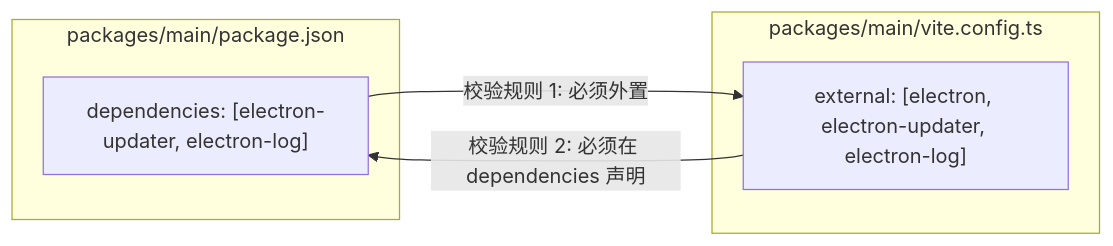
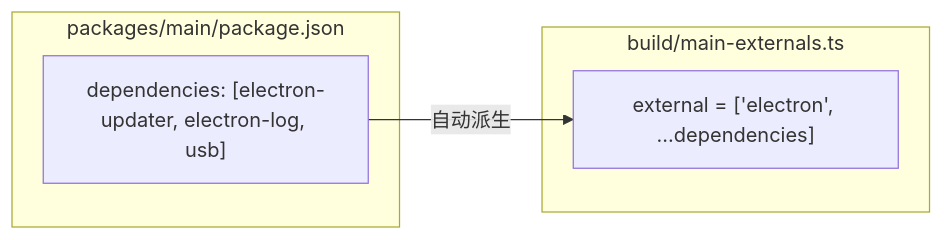
Before and after one commit to BanShan-Alec/electron-react-monorepo-template: the first of 2 diagrams in docs/packaging-and-dependency-management.md, drawn with Mermaid. The commit also changed other lines of this file and 62 other files, not shown here.

````diff
--- a/docs/packaging-and-dependency-management.md
+++ b/docs/packaging-and-dependency-management.md
@@ -56,13 +56,12 @@
 ```mermaid
 graph LR
     subgraph A [packages/main/package.json]
-        Dep["dependencies: [electron-updater, electron-log]"]
-    end
-    
-    subgraph B [packages/main/vite.config.ts]
-        Ext["external: [electron, electron-updater, electron-log]"]
+        Dep["dependencies: [electron-updater, electron-log, usb]"]
     end
 
-    Dep -->|校验规则 1: 必须外置| Ext
-    Ext -->|校验规则 2: 必须在 dependencies 声明| Dep
+    subgraph B [build/main-externals.ts]
+        Ext["external = ['electron', ...dependencies]"]
+    end
+
+    Dep -->|自动派生| Ext
 ```
````
